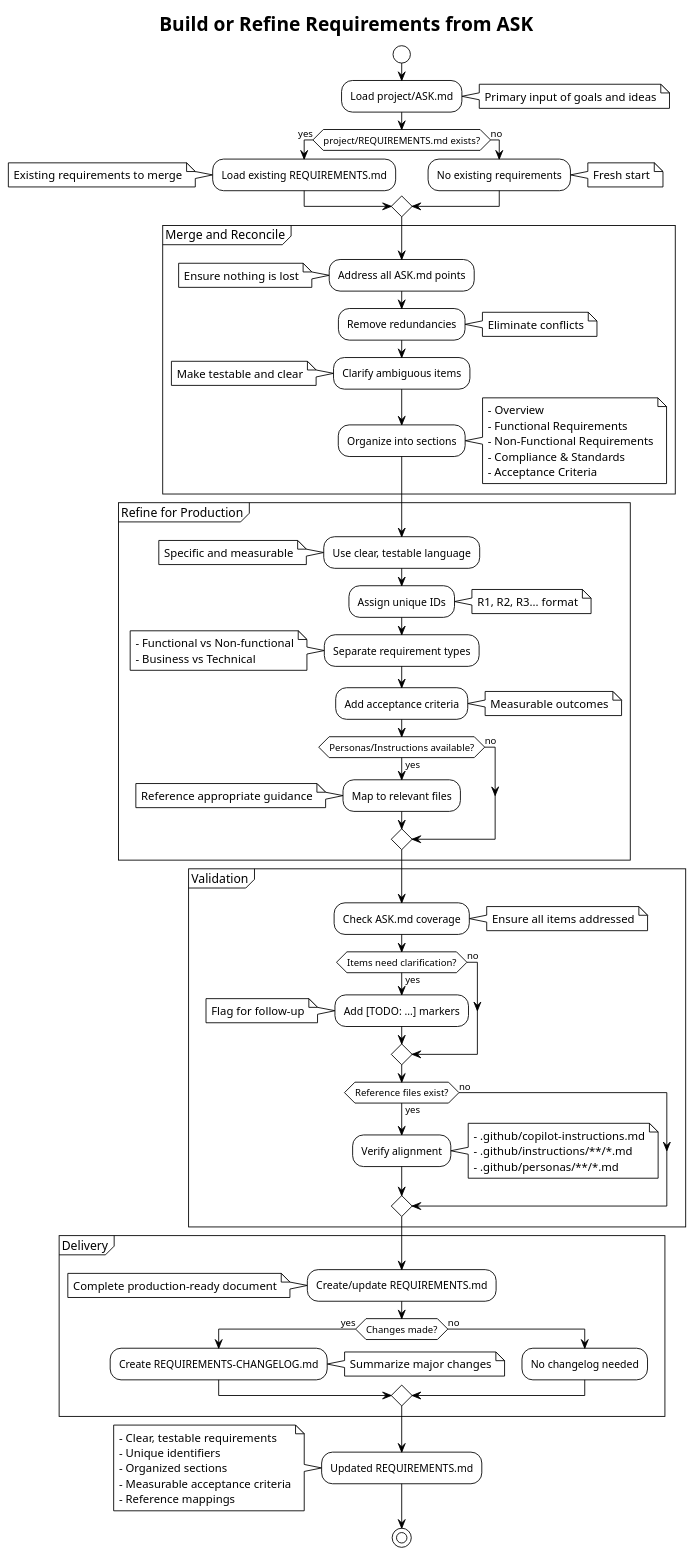
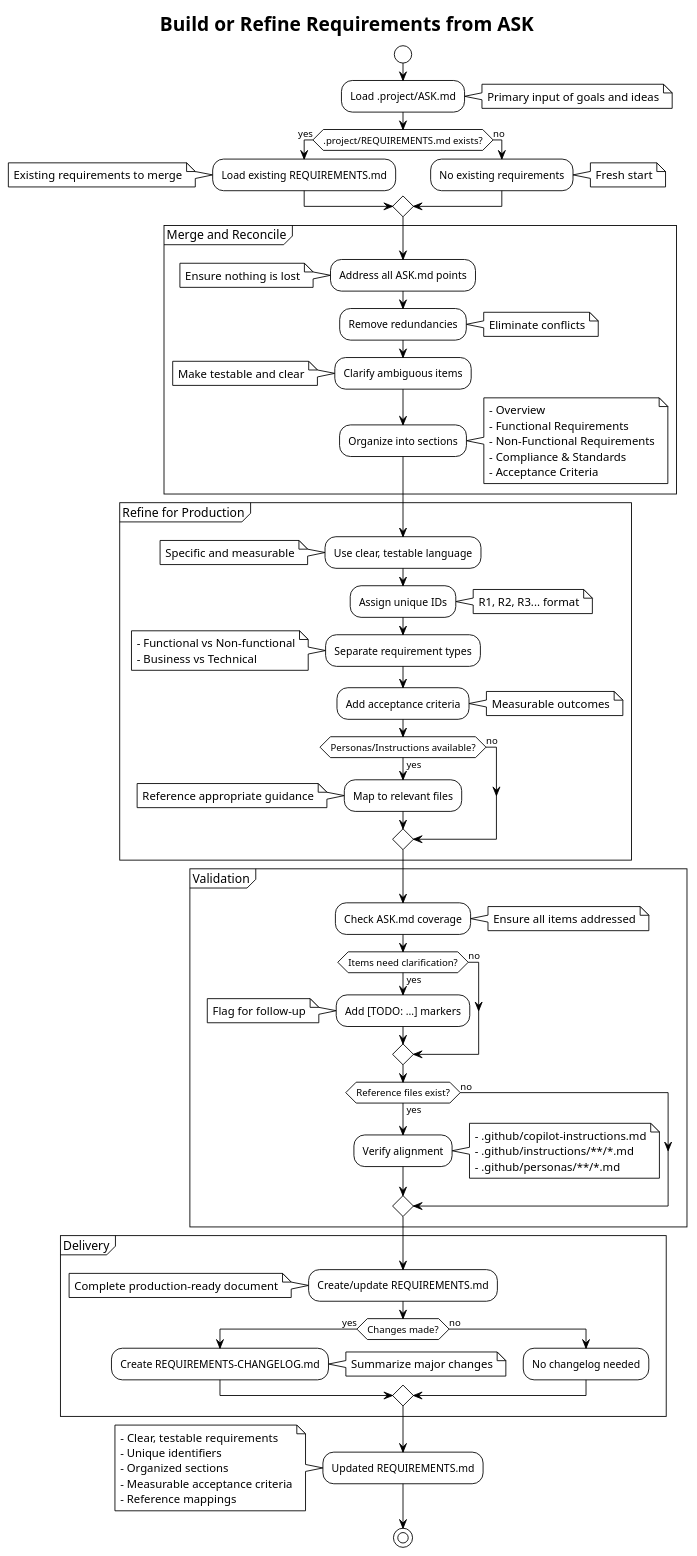
One commit to armoin2018/ai-ley changed the diagram in docs/prompts/build-requirements.flow.puml. Above: the diagram before and after it, drawn with PlantUML. The commit also changed 733 other files, not shown here.

```diff
--- a/docs/prompts/build-requirements.flow.puml
+++ b/docs/prompts/build-requirements.flow.puml
@@ -1,105 +1,105 @@
 @startuml BuildRequirementsWorkflow
 !theme plain
 title Build or Refine Requirements from ASK
 
 start
 
-:Load project/ASK.md;
+:Load .project/ASK.md;
 note right: Primary input of goals and ideas
 
-if (project/REQUIREMENTS.md exists?) then (yes)
+if (.project/REQUIREMENTS.md exists?) then (yes)
   :Load existing REQUIREMENTS.md;
   note left: Existing requirements to merge
 else (no)
   :No existing requirements;
   note right: Fresh start
 endif
 
 partition "Merge and Reconcile" {
   :Address all ASK.md points;
   note left: Ensure nothing is lost
   
   :Remove redundancies;
   note right: Eliminate conflicts
   
   :Clarify ambiguous items;
   note left: Make testable and clear
   
   :Organize into sections;
   note right
     - Overview
     - Functional Requirements
     - Non-Functional Requirements
     - Compliance & Standards
     - Acceptance Criteria
   end note
 }
 
 partition "Refine for Production" {
   :Use clear, testable language;
   note left: Specific and measurable
   
   :Assign unique IDs;
   note right: R1, R2, R3... format
   
   :Separate requirement types;
   note left
     - Functional vs Non-functional
     - Business vs Technical
   end note
   
   :Add acceptance criteria;
   note right: Measurable outcomes
   
   if (Personas/Instructions available?) then (yes)
     :Map to relevant files;
     note left: Reference appropriate guidance
   else (no)
   endif
 }
 
 partition "Validation" {
   :Check ASK.md coverage;
   note right: Ensure all items addressed
   
   if (Items need clarification?) then (yes)
     :Add [TODO: ...] markers;
     note left: Flag for follow-up
   else (no)
   endif
   
   if (Reference files exist?) then (yes)
     :Verify alignment;
     note right
       - .github/copilot-instructions.md
       - .github/instructions/**/*.md
       - .github/personas/**/*.md
     end note
   else (no)
   endif
 }
 
 partition "Delivery" {
   :Create/update REQUIREMENTS.md;
   note left: Complete production-ready document
   
   if (Changes made?) then (yes)
     :Create REQUIREMENTS-CHANGELOG.md;
     note right: Summarize major changes
   else (no)
     :No changelog needed;
   endif
 }
 
 :Updated REQUIREMENTS.md;
 note left
   - Clear, testable requirements
   - Unique identifiers
   - Organized sections
   - Measurable acceptance criteria
   - Reference mappings
 end note
 
 stop
 
 @enduml
```
